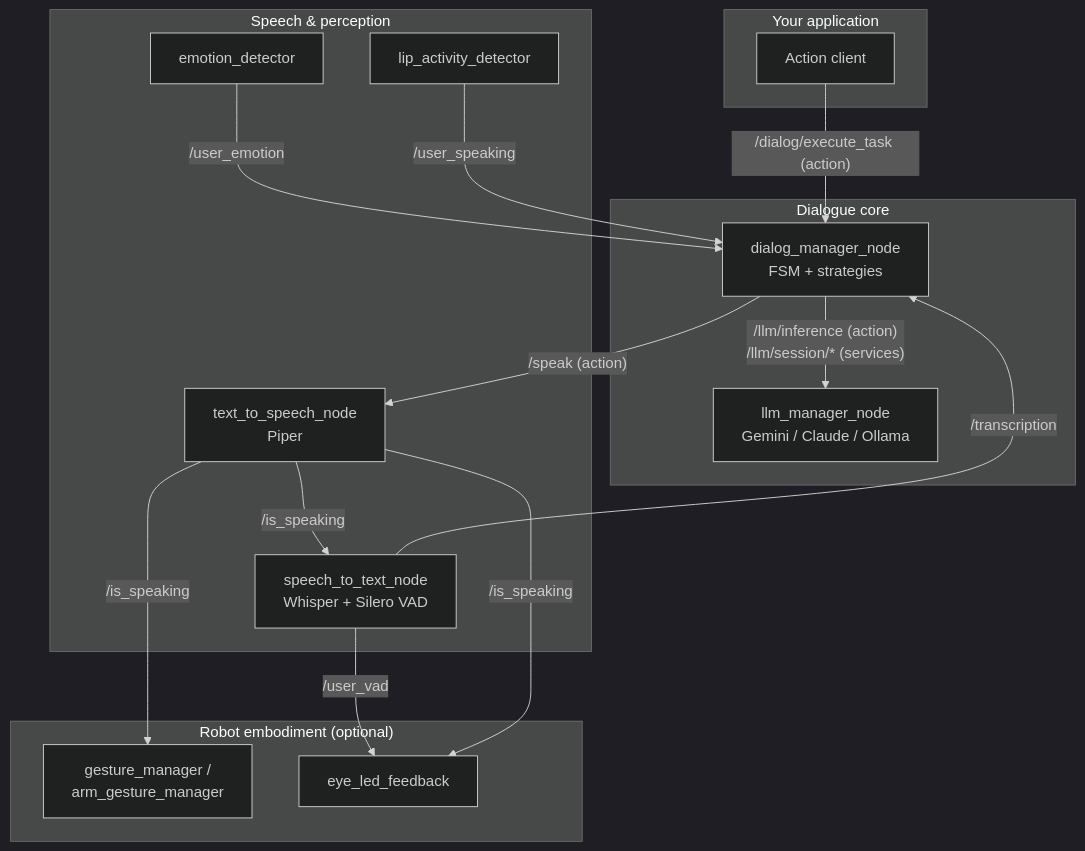
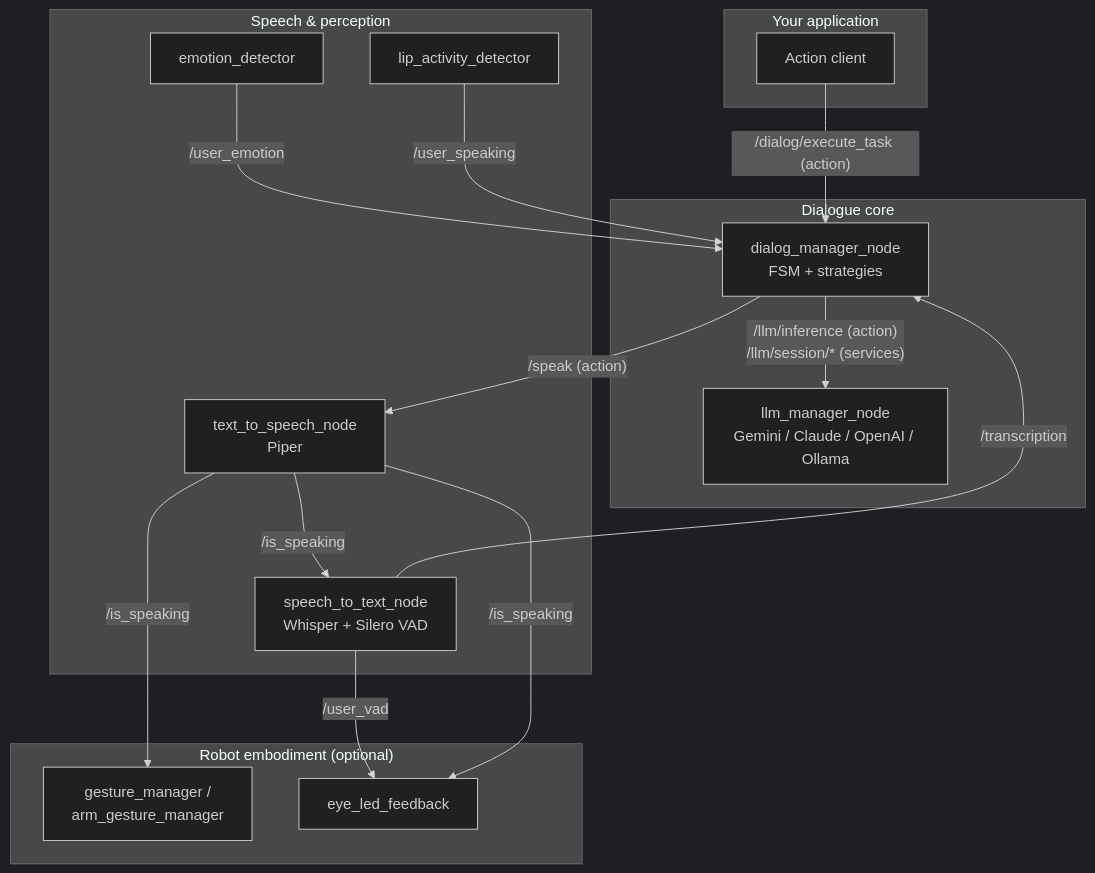
One commit to aquintan4/DialoStack changed the diagram in README.md. Above: the diagram before and after it, drawn with Mermaid (dark theme). The commit also changed other lines of this file and 29 other files, not shown here.

First line of the commit message:
Add OpenAI provider and prompt caching; default Claude to Haiku

````diff
--- a/README.md
+++ b/README.md
@@ -51,34 +51,34 @@
 ```mermaid
 flowchart TB
     subgraph client ["Your application"]
         APP["Action client"]
     end
 
     subgraph core ["Dialogue core"]
         DM["dialog_manager_node<br/>FSM + strategies"]
-        LLM["llm_manager_node<br/>Gemini / Claude / Ollama"]
+        LLM["llm_manager_node<br/>Gemini / Claude / OpenAI / Ollama"]
     end
 
     subgraph io ["Speech & perception"]
         STT["speech_to_text_node<br/>Whisper + Silero VAD"]
         TTS["text_to_speech_node<br/>Piper"]
         EMO["emotion_detector"]
         LIP["lip_activity_detector"]
     end
 
     subgraph robot ["Robot embodiment (optional)"]
         GES["gesture_manager /<br/>arm_gesture_manager"]
         LED["eye_led_feedback"]
     end
 
     APP -- "/dialog/execute_task (action)" --> DM
     DM -- "/llm/inference (action)<br/>/llm/session/* (services)" --> LLM
     STT -- "/transcription" --> DM
     DM -- "/speak (action)" --> TTS
     TTS -- "/is_speaking" --> STT
     TTS -- "/is_speaking" --> GES
     STT -- "/user_vad" --> LED
     TTS -- "/is_speaking" --> LED
     EMO -- "/user_emotion" --> DM
     LIP -- "/user_speaking" --> DM
 ```
````
